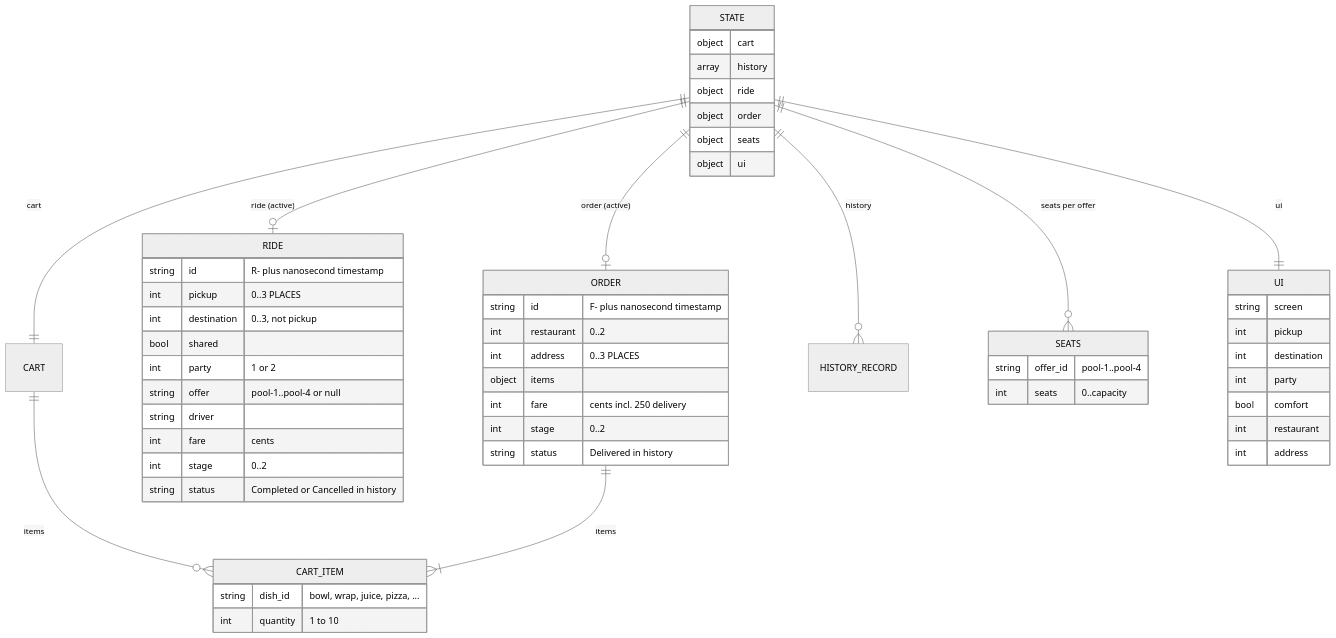
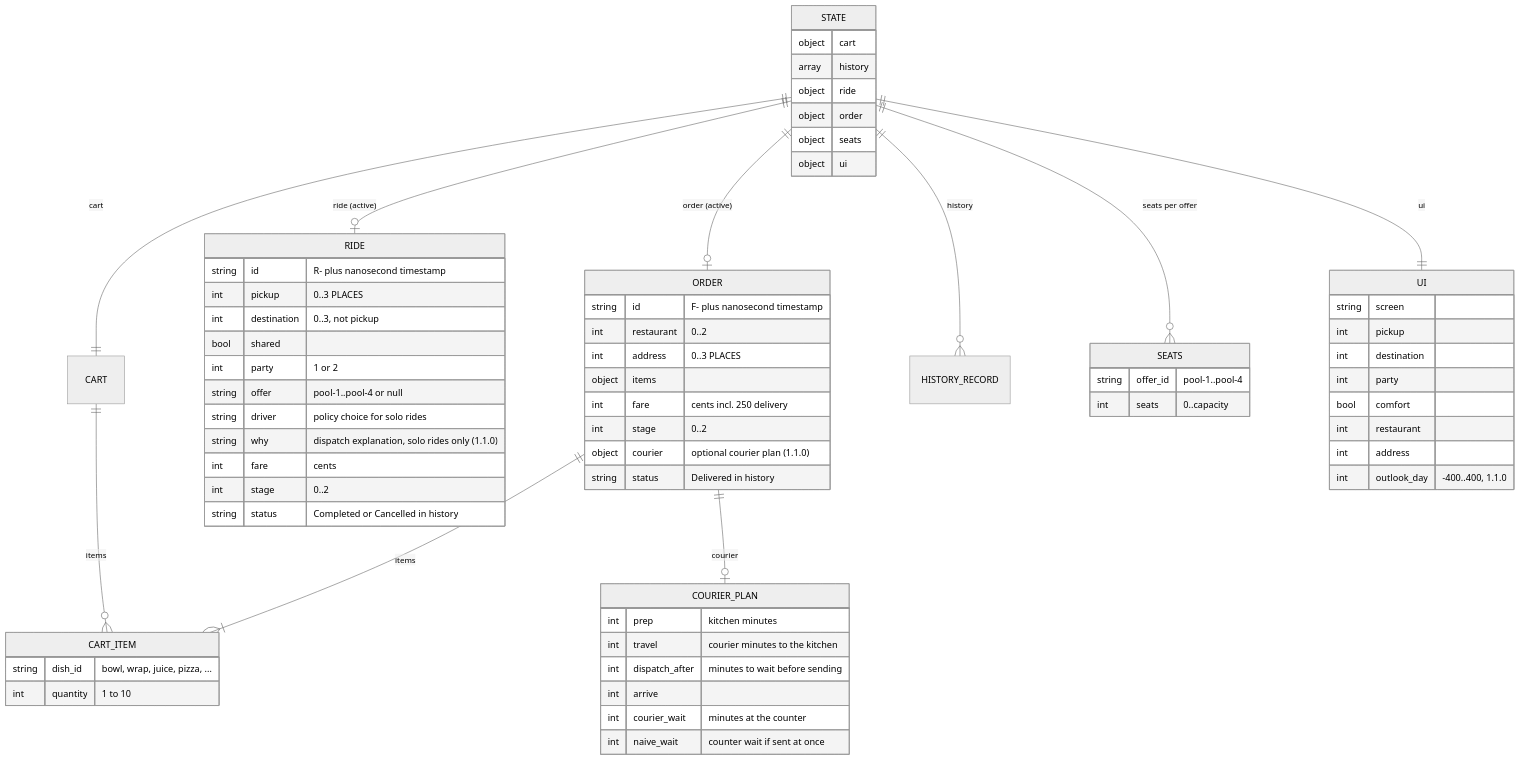
One commit to FUllSCIPTS/ATLAS changed the sixth of 21 diagrams in architecture-explorer/starter/docs/UML_BLUEPRINT.md. Above: the diagram before and after it, drawn with Mermaid (neutral theme). The commit also changed other lines of this file, not shown here.

Commit message:
UML blueprint: update the Android app to ATLAS Go 1.1.0 (on-device intelligence)

````diff
--- a/architecture-explorer/starter/docs/UML_BLUEPRINT.md
+++ b/architecture-explorer/starter/docs/UML_BLUEPRINT.md
@@ -341,57 +432,69 @@
 ```mermaid
 erDiagram
     STATE ||--|| CART : "cart"
     STATE ||--o| RIDE : "ride (active)"
     STATE ||--o| ORDER : "order (active)"
     STATE ||--o{ HISTORY_RECORD : "history"
     STATE ||--o{ SEATS : "seats per offer"
     STATE ||--|| UI : "ui"
+    ORDER ||--o| COURIER_PLAN : "courier"
     CART ||--o{ CART_ITEM : "items"
     ORDER ||--|{ CART_ITEM : "items"
     STATE {
         object cart
         array history
         object ride
         object order
         object seats
         object ui
     }
     CART_ITEM {
         string dish_id "bowl, wrap, juice, pizza, ..."
         int quantity "1 to 10"
     }
     RIDE {
         string id "R- plus nanosecond timestamp"
         int pickup "0..3 PLACES"
         int destination "0..3, not pickup"
         bool shared
         int party "1 or 2"
         string offer "pool-1..pool-4 or null"
-        string driver
+        string driver "policy choice for solo rides"
+        string why "dispatch explanation, solo rides only (1.1.0)"
         int fare "cents"
         int stage "0..2"
         string status "Completed or Cancelled in history"
     }
     ORDER {
         string id "F- plus nanosecond timestamp"
         int restaurant "0..2"
         int address "0..3 PLACES"
         object items
         int fare "cents incl. 250 delivery"
         int stage "0..2"
+        object courier "optional courier plan (1.1.0)"
         string status "Delivered in history"
+    }
+    COURIER_PLAN {
+        int prep "kitchen minutes"
+        int travel "courier minutes to the kitchen"
+        int dispatch_after "minutes to wait before sending"
+        int arrive
+        int courier_wait "minutes at the counter"
+        int naive_wait "counter wait if sent at once"
     }
     SEATS {
         string offer_id "pool-1..pool-4"
         int seats "0..capacity"
     }
     UI {
         string screen
         int pickup
         int destination
         int party
         bool comfort
         int restaurant
         int address
+        int outlook_day "-400..400, 1.1.0"
     }
 ```
````
